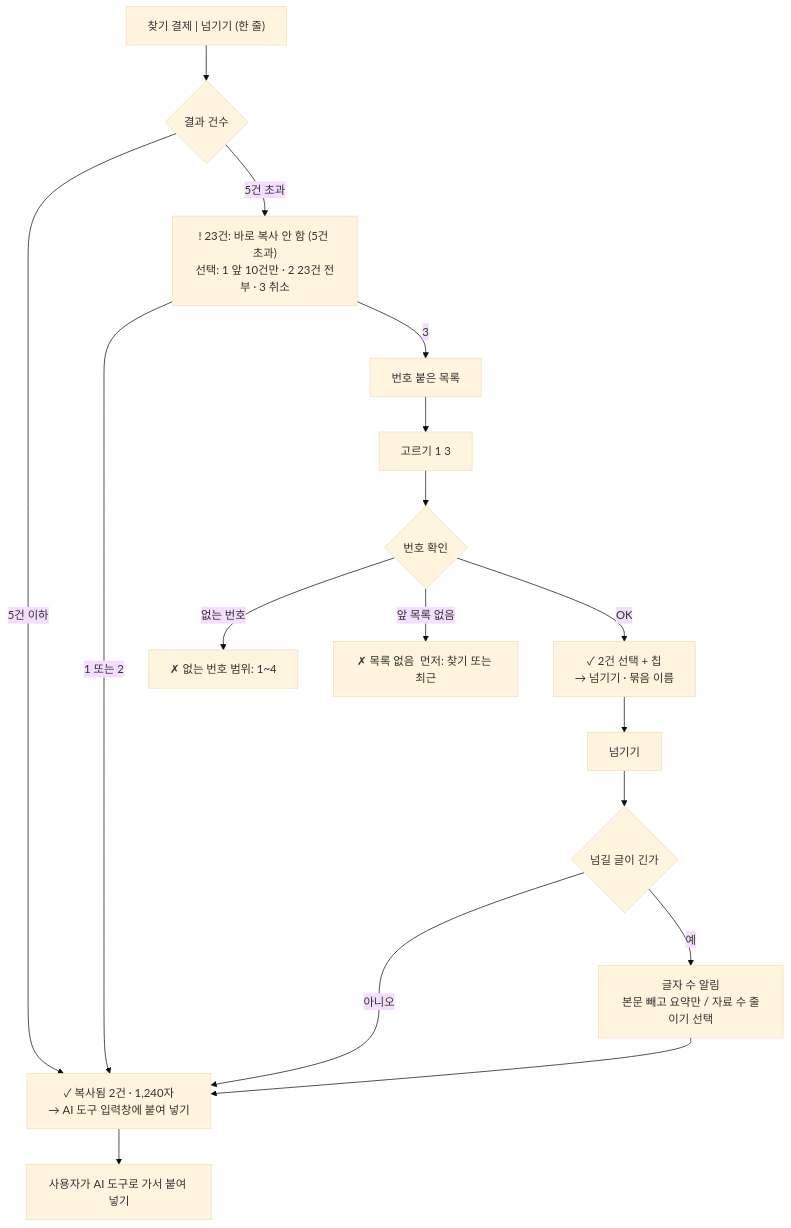
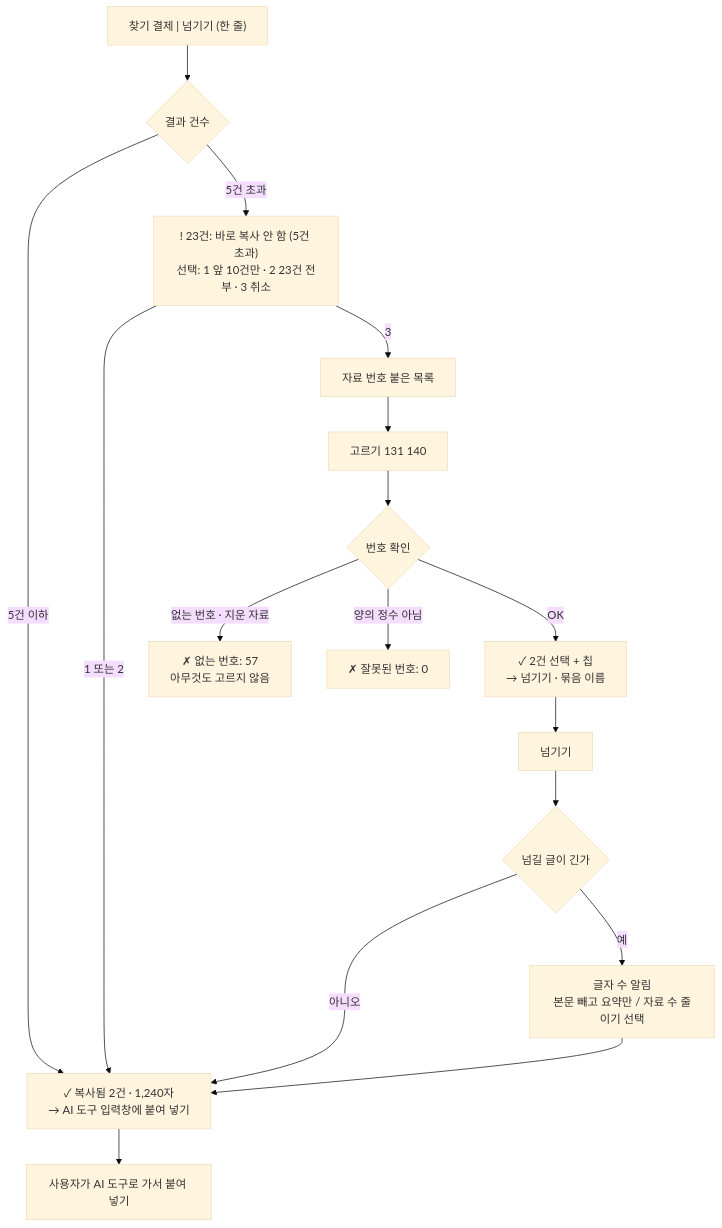
Before and after one commit to delightPIP/grep: the sixth of 10 diagrams in docs/planning/user-flow.md, drawn with Mermaid (base theme). The commit also changed other lines of this file and 4 other files, not shown here.

````diff
--- a/docs/planning/user-flow.md
+++ b/docs/planning/user-flow.md
@@ -171,20 +187,20 @@
 ```mermaid
 flowchart TD
-    A["번호 붙은 목록"] --> B["고르기 1 3"]
+    A["자료 번호 붙은 목록"] --> B["고르기 131 140"]
     B --> C{"번호 확인"}
-    C -- "없는 번호" --> D["✗ 없는 번호  범위: 1~4"]
-    C -- "앞 목록 없음" --> E["✗ 목록 없음  먼저: 찾기 또는 최근"]
+    C -- "없는 번호 · 지운 자료" --> D["✗ 없는 번호: 57<br/>아무것도 고르지 않음"]
+    C -- "양의 정수 아님" --> E["✗ 잘못된 번호: 0"]
     C -- "OK" --> F["✓ 2건 선택 + 칩<br/>→ 넘기기 · 묶음 이름"]
     F --> G["넘기기"]
     G --> H{"넘길 글이 긴가"}
     H -- "아니오" --> I["✓ 복사됨  2건 · 1,240자<br/>→ AI 도구 입력창에 붙여 넣기"]
     H -- "예" --> J["글자 수 알림<br/>본문 빼고 요약만 / 자료 수 줄이기 선택"]
     J --> I
     I --> K["사용자가 AI 도구로 가서 붙여 넣기"]
 
     P["찾기 결제 | 넘기기 (한 줄)"] --> Q{"결과 건수"}
     Q -- "5건 이하" --> I
     Q -- "5건 초과" --> R["! 23건: 바로 복사 안 함 (5건 초과)<br/>선택: 1 앞 10건만 · 2 23건 전부 · 3 취소"]
     R -- "1 또는 2" --> I
     R -- "3" --> A
 ```
````
